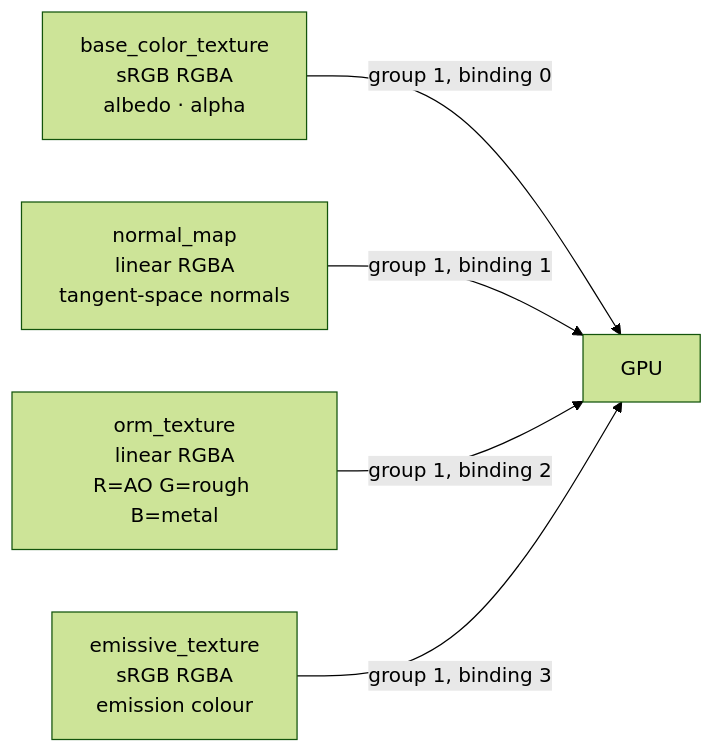
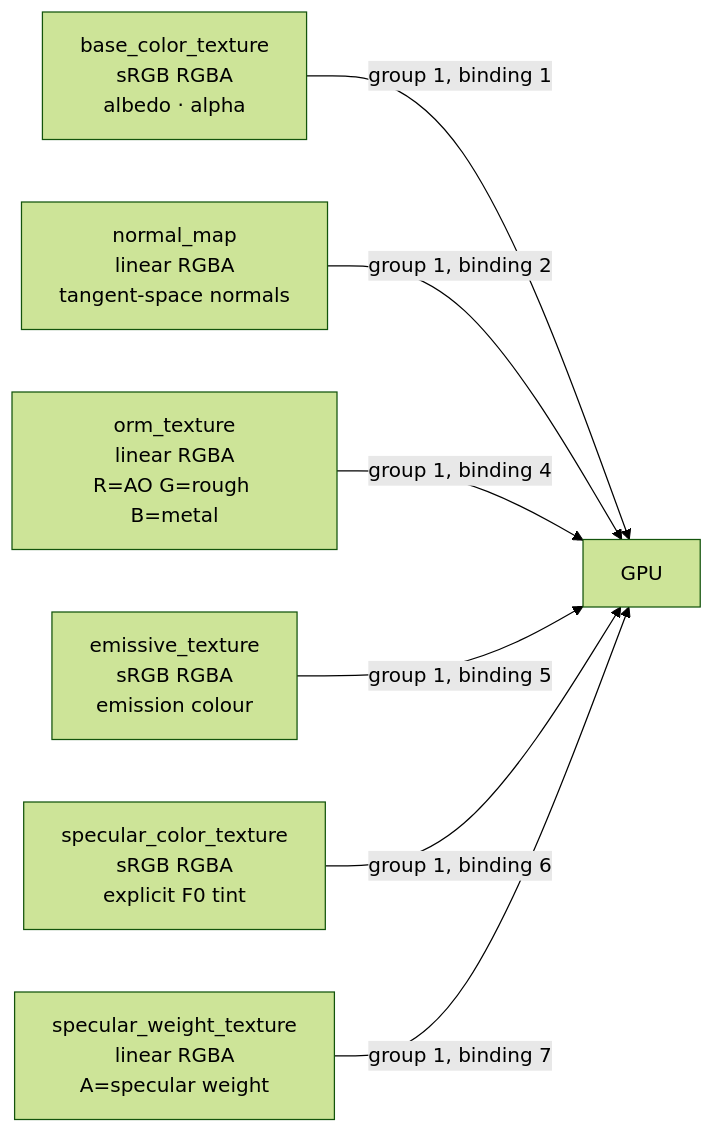
The second of 6 diagrams in public/docs/core-concepts/Helio/materials.md (Far-Beyond-Pulsar/docs), drawn with Mermaid (forest theme) before and after one commit. The commit also changed other lines of this file and 7 other files, not shown here.

````diff
--- a/public/docs/core-concepts/Helio/materials.md
+++ b/public/docs/core-concepts/Helio/materials.md
@@ -224,7 +280,9 @@
 ```mermaid
 graph LR
-    BCT["base_color_texture<br/>sRGB RGBA<br/>albedo · alpha"] -->|group 1, binding 0| GPU
-    NM["normal_map<br/>linear RGBA<br/>tangent-space normals"] -->|group 1, binding 1| GPU
-    ORM["orm_texture<br/>linear RGBA<br/>R=AO G=rough B=metal"] -->|group 1, binding 2| GPU
-    ET["emissive_texture<br/>sRGB RGBA<br/>emission colour"] -->|group 1, binding 3| GPU
+    BCT["base_color_texture<br/>sRGB RGBA<br/>albedo · alpha"] -->|group 1, binding 1| GPU
+    NM["normal_map<br/>linear RGBA<br/>tangent-space normals"] -->|group 1, binding 2| GPU
+    ORM["orm_texture<br/>linear RGBA<br/>R=AO G=rough B=metal"] -->|group 1, binding 4| GPU
+    ET["emissive_texture<br/>sRGB RGBA<br/>emission colour"] -->|group 1, binding 5| GPU
+    SCT["specular_color_texture<br/>sRGB RGBA<br/>explicit F0 tint"] -->|group 1, binding 6| GPU
+    SWT["specular_weight_texture<br/>linear RGBA<br/>A=specular weight"] -->|group 1, binding 7| GPU
 ```
````
